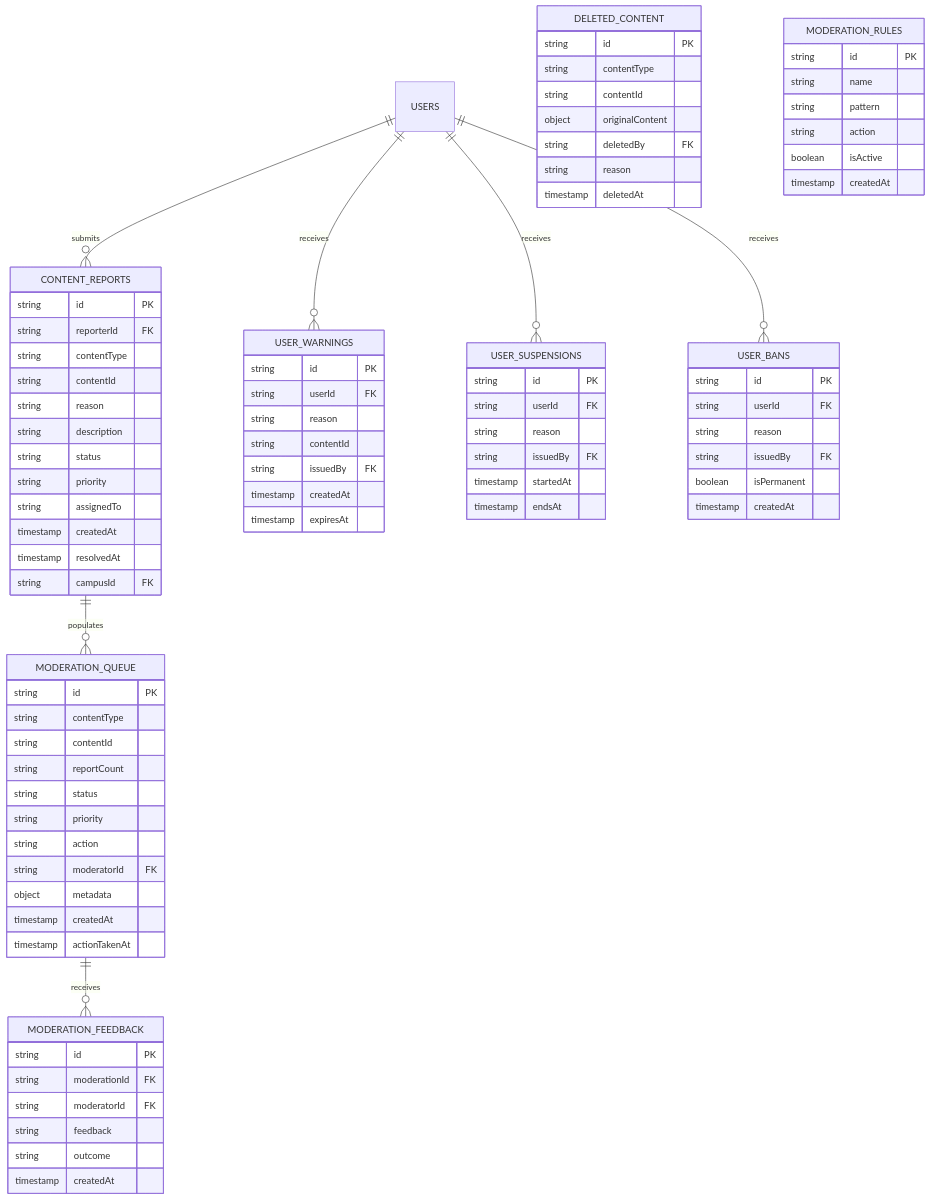
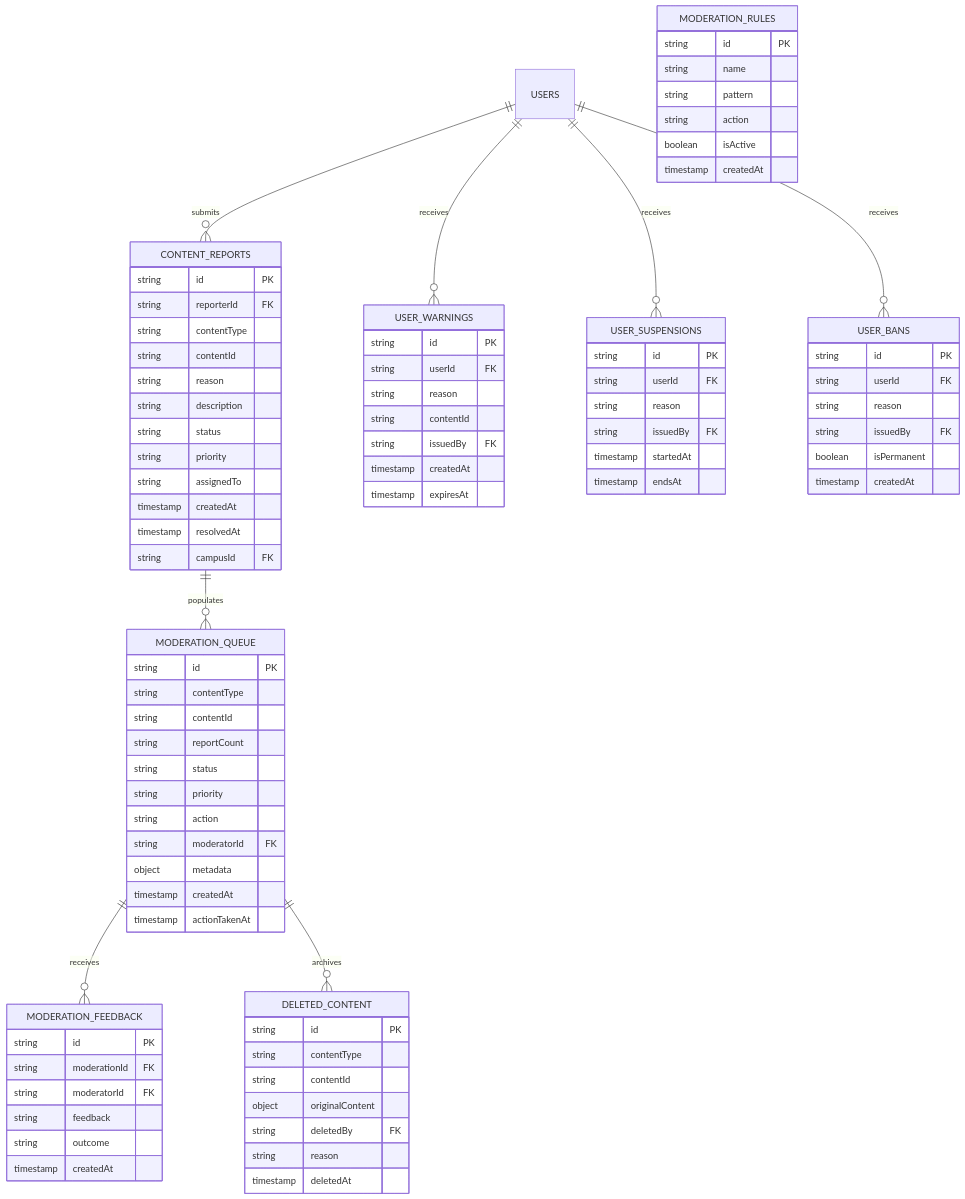
Before and after one commit to rhinehart514/HIVE_OFFICIAL: the eighth of 11 diagrams in docs/ERD.md, drawn with Mermaid. The commit also changed other lines of this file, not shown here.

First line of the commit message:
docs: Fix ERD quality issues

```diff
--- a/docs/ERD.md
+++ b/docs/ERD.md
@@ -596,6 +589,7 @@
     USERS ||--o{ USER_BANS : receives
     CONTENT_REPORTS ||--o{ MODERATION_QUEUE : populates
     MODERATION_QUEUE ||--o{ MODERATION_FEEDBACK : receives
+    MODERATION_QUEUE ||--o{ DELETED_CONTENT : archives
 
     CONTENT_REPORTS {
         string id PK
```
